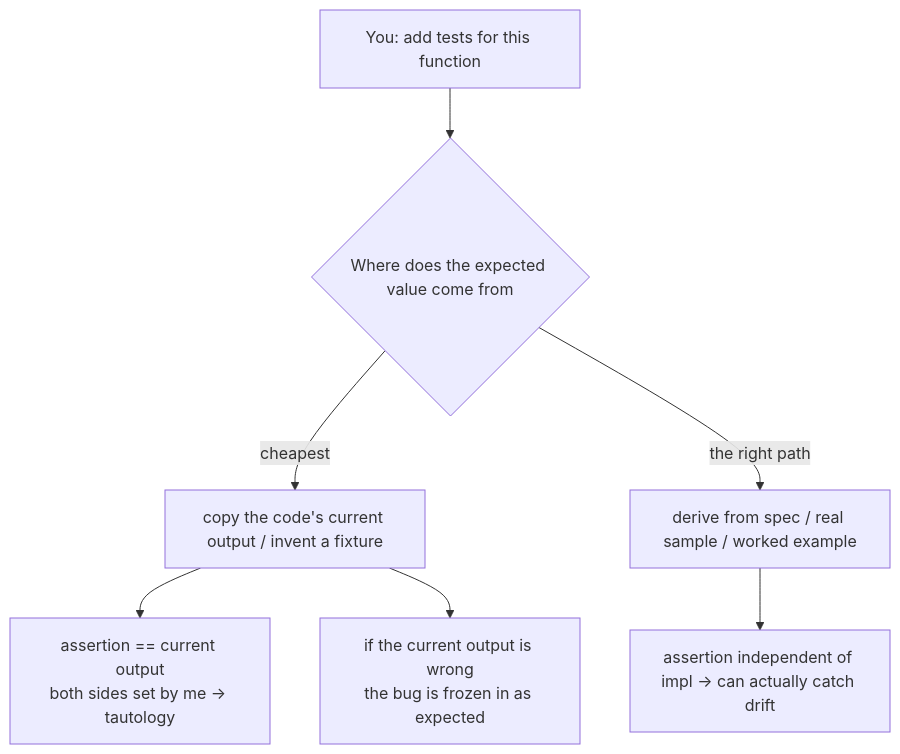
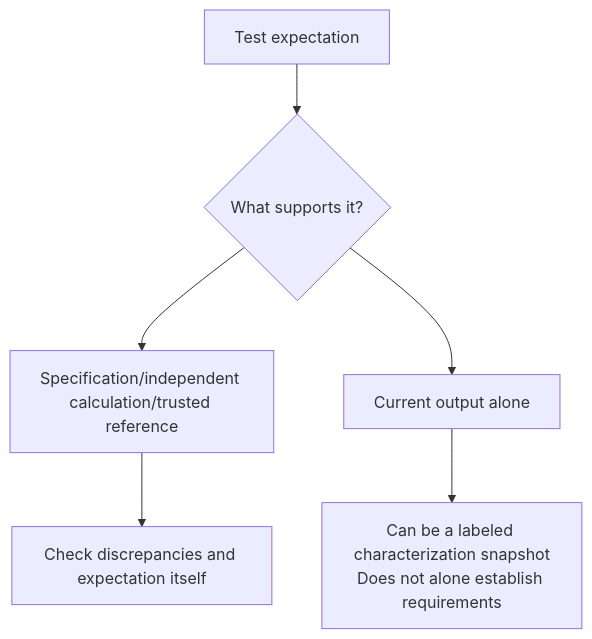
One commit to XuebinMa/AIWiki changed the diagram in i18n/en/docusaurus-plugin-content-docs/current/06-testing/test-fixture-fabrication.mdx. Above: the diagram before and after it, drawn with Mermaid. The commit also changed other lines of this file and 325 other files, not shown here.

````diff
--- a/i18n/en/docusaurus-plugin-content-docs/current/06-testing/test-fixture-fabrication.mdx
+++ b/i18n/en/docusaurus-plugin-content-docs/current/06-testing/test-fixture-fabrication.mdx
@@ -47,9 +45,8 @@
 ```mermaid
 flowchart TB
-    A[You: add tests for this function] --> B{Where does the expected value come from}
-    B -->|cheapest| C[copy the code's current output / invent a fixture]
-    B -->|the right path| D[derive from spec / real sample / worked example]
-    C --> E["assertion == current output<br/>both sides set by me -> tautology"]
-    C --> F["if the current output is wrong<br/>the bug is frozen in as expected"]
-    D --> G[assertion independent of impl -> can actually catch drift]
+    A[Test expectation] --> B{What supports it?}
+    B --> C[Specification/independent calculation/trusted reference]
+    B --> D[Current output alone]
+    C --> E[Check discrepancies and expectation itself]
+    D --> F[Can be a labeled characterization snapshot<br/>Does not alone establish requirements]
 ```
````
